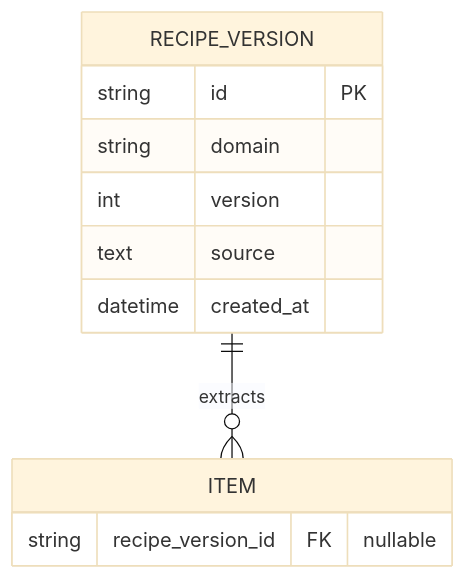
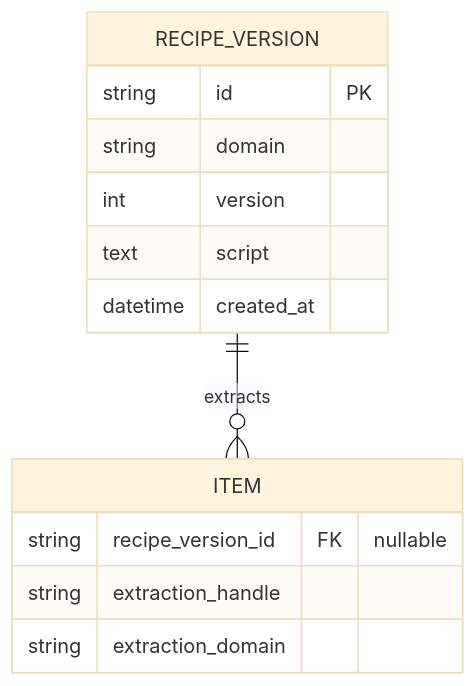
The first of 3 diagrams in docs/technical-design/recipes.md (asermax/nagara), drawn with Mermaid (base theme) before and after one commit. The commit also changed 1 other file, not shown here.

Commit message:
docs: bring the recipe record diagram up to the landed schema
The script column rename reaches the ERD, the item side shows the
extraction handle and domain beside the version pointer, and the
persistence note's pointing callout names the three new columns.

````diff
--- a/docs/technical-design/recipes.md
+++ b/docs/technical-design/recipes.md
@@ -35,14 +35,16 @@
 ```mermaid
 erDiagram
     RECIPE_VERSION ||--o{ ITEM : extracts
     RECIPE_VERSION {
         string id PK
         string domain
         int version
-        text source
+        text script
         datetime created_at
     }
     ITEM {
         string recipe_version_id FK "nullable"
+        string extraction_handle
+        string extraction_domain
     }
 ```
````
